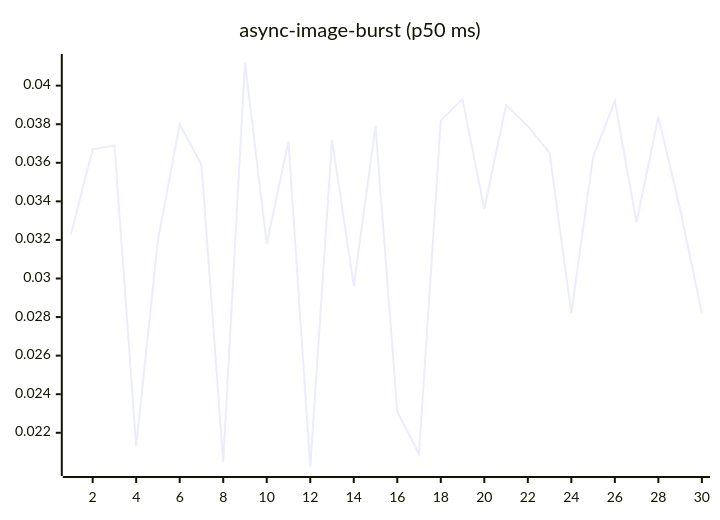
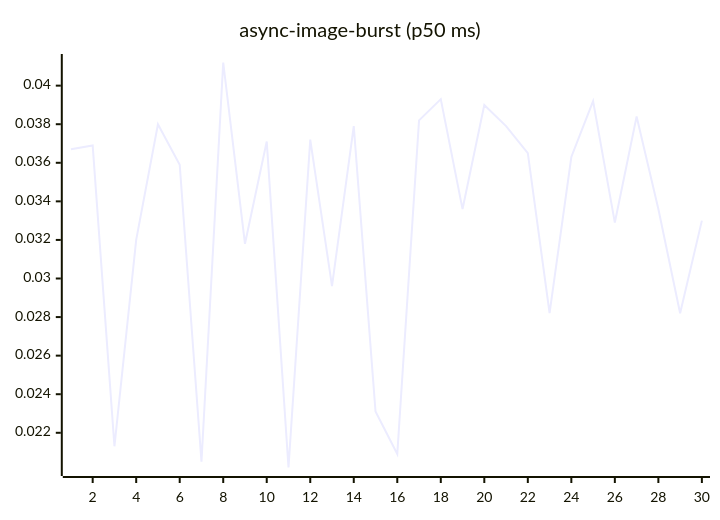
The fourth of 27 diagrams in README.md (josha/Facet), drawn with Mermaid before and after one commit. The commit also changed other lines of this file and 2 other files, not shown here.

````diff
--- a/README.md
+++ b/README.md
@@ -84,6 +84,6 @@
 ```mermaid
 xychart-beta
     title "async-image-burst (p50 ms)"
     x-axis 1 --> 30
-    line [0.0323, 0.0367, 0.0369, 0.0213, 0.0320, 0.0380, 0.0359, 0.0205, 0.0412, 0.0318, 0.0371, 0.0202, 0.0372, 0.0296, 0.0379, 0.0231, 0.0209, 0.0382, 0.0393, 0.0336, 0.0390, 0.0379, 0.0365, 0.0282, 0.0363, 0.0392, 0.0329, 0.0384, 0.0336, 0.0282]
+    line [0.0367, 0.0369, 0.0213, 0.0320, 0.0380, 0.0359, 0.0205, 0.0412, 0.0318, 0.0371, 0.0202, 0.0372, 0.0296, 0.0379, 0.0231, 0.0209, 0.0382, 0.0393, 0.0336, 0.0390, 0.0379, 0.0365, 0.0282, 0.0363, 0.0392, 0.0329, 0.0384, 0.0336, 0.0282, 0.0330]
 ```
````
